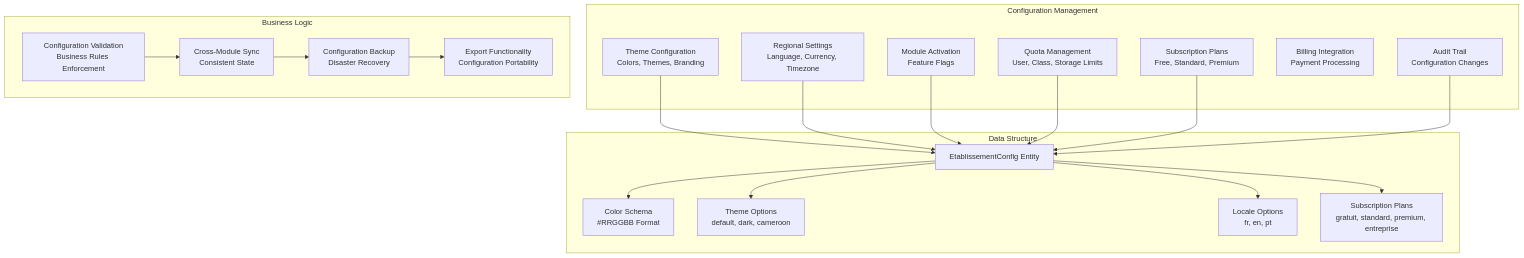
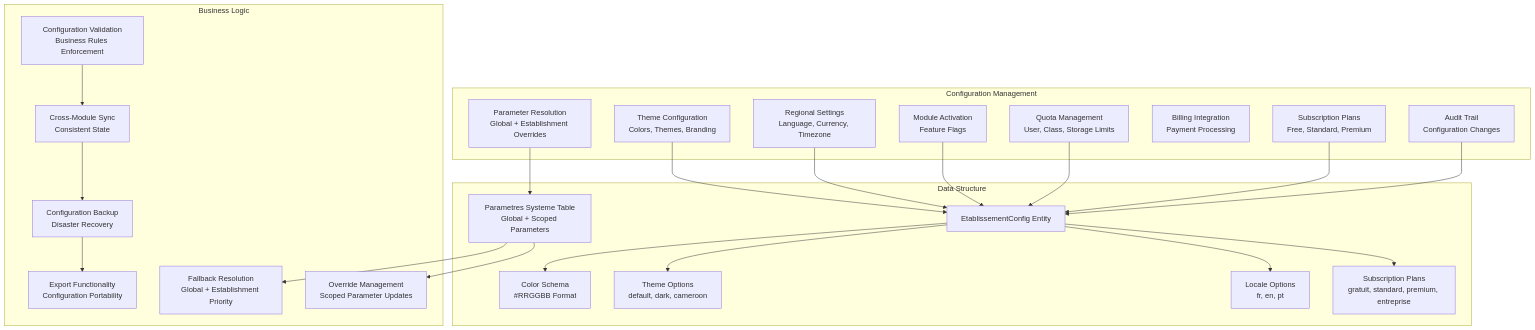
Before and after one commit to franckylab/eLISAschool: the fourth of 12 diagrams in .qoder/repowiki/en/content/Modules & Features/Administrative Modules/Establishment Management.md, drawn with Mermaid. The commit also changed other lines of this file and 281 other files, not shown here.

````diff
--- a/.qoder/repowiki/en/content/Modules & Features/Administrative Modules/Establishment Management.md
+++ b/.qoder/repowiki/en/content/Modules & Features/Administrative Modules/Establishment Management.md
@@ -275,38 +290,45 @@
 ```mermaid
 graph TB
 subgraph "Configuration Management"
 Theme["Theme Configuration<br/>Colors, Themes, Branding"]
 Locale["Regional Settings<br/>Language, Currency, Timezone"]
 Modules["Module Activation<br/>Feature Flags"]
 Quotas["Quota Management<br/>User, Class, Storage Limits"]
 Subscription["Subscription Plans<br/>Free, Standard, Premium"]
 Billing["Billing Integration<br/>Payment Processing"]
 Audit["Audit Trail<br/>Configuration Changes"]
+Parametres["Parameter Resolution<br/>Global + Establishment Overrides"]
 end
 subgraph "Data Structure"
 ConfigEntity["EtablissementConfig Entity"]
 ColorSchema["Color Schema<br/>#RRGGBB Format"]
 ThemeEnum["Theme Options<br/>default, dark, cameroon"]
 LocaleEnum["Locale Options<br/>fr, en, pt"]
 PlanEnum["Subscription Plans<br/>gratuit, standard, premium, entreprise"]
+ParametresTable["Parametres Systeme Table<br/>Global + Scoped Parameters"]
 end
 subgraph "Business Logic"
 Validation["Configuration Validation<br/>Business Rules Enforcement"]
 Sync["Cross-Module Sync<br/>Consistent State"]
 Backup["Configuration Backup<br/>Disaster Recovery"]
 Export["Export Functionality<br/>Configuration Portability"]
+Fallback["Fallback Resolution<br/>Global + Establishment Priority"]
+Override["Override Management<br/>Scoped Parameter Updates"]
 end
 Theme --> ConfigEntity
 Locale --> ConfigEntity
 Modules --> ConfigEntity
 Quotas --> ConfigEntity
 Subscription --> ConfigEntity
 Audit --> ConfigEntity
+Parametres --> ParametresTable
 ConfigEntity --> ColorSchema
 ConfigEntity --> ThemeEnum
 ConfigEntity --> LocaleEnum
 ConfigEntity --> PlanEnum
+ParametresTable --> Fallback
+ParametresTable --> Override
 Validation --> Sync
 Sync --> Backup
 Backup --> Export
 ```
````
